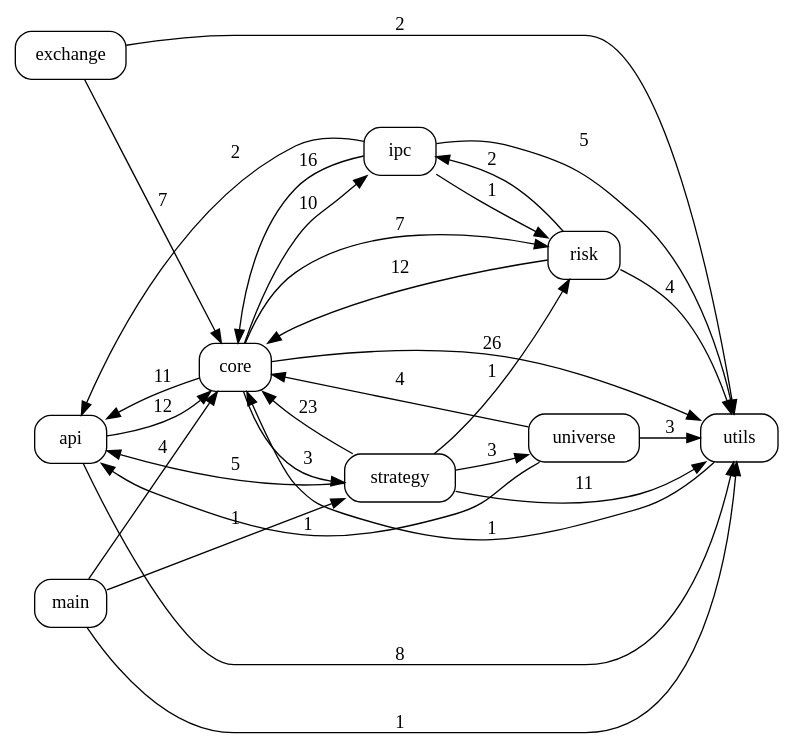
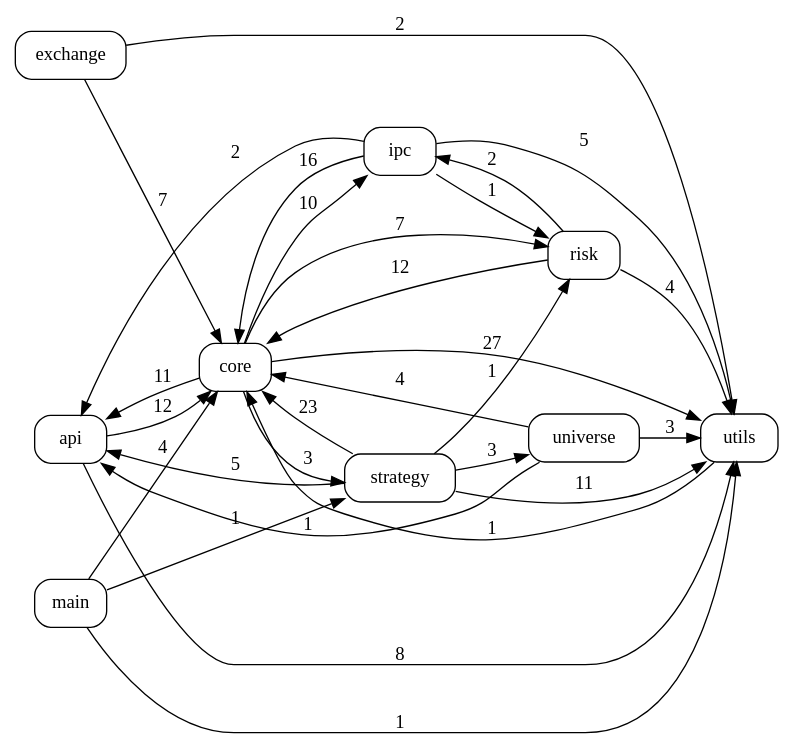
Before and after one commit to pypy8171/Quant: the diagram in docs/code_graph.dot, drawn with Graphviz. The commit also changed 10 other files, not shown here.

```diff
--- a/docs/code_graph.dot
+++ b/docs/code_graph.dot
@@ -1,41 +1,41 @@
 digraph code_graph {
   rankdir=LR;
   node [shape=box, style=rounded, fontname="Consolas"];
   "api";
   "core";
   "exchange";
   "ipc";
   "main";
   "risk";
   "strategy";
   "universe";
   "utils";
   "api" -> "core" [label="12"];
   "api" -> "utils" [label="8"];
   "core" -> "api" [label="11"];
   "core" -> "ipc" [label="10"];
   "core" -> "risk" [label="7"];
   "core" -> "strategy" [label="3"];
-  "core" -> "utils" [label="26"];
+  "core" -> "utils" [label="27"];
   "exchange" -> "core" [label="7"];
   "exchange" -> "utils" [label="2"];
   "ipc" -> "api" [label="2"];
   "ipc" -> "core" [label="16"];
   "ipc" -> "risk" [label="1"];
   "ipc" -> "utils" [label="5"];
   "main" -> "core" [label="4"];
   "main" -> "strategy" [label="1"];
   "main" -> "utils" [label="1"];
   "risk" -> "core" [label="12"];
   "risk" -> "ipc" [label="2"];
   "risk" -> "utils" [label="4"];
   "strategy" -> "api" [label="5"];
   "strategy" -> "core" [label="23"];
   "strategy" -> "risk" [label="1"];
   "strategy" -> "universe" [label="3"];
   "strategy" -> "utils" [label="11"];
   "universe" -> "api" [label="1"];
   "universe" -> "core" [label="4"];
   "universe" -> "utils" [label="3"];
   "utils" -> "core" [label="1"];
 }
```
